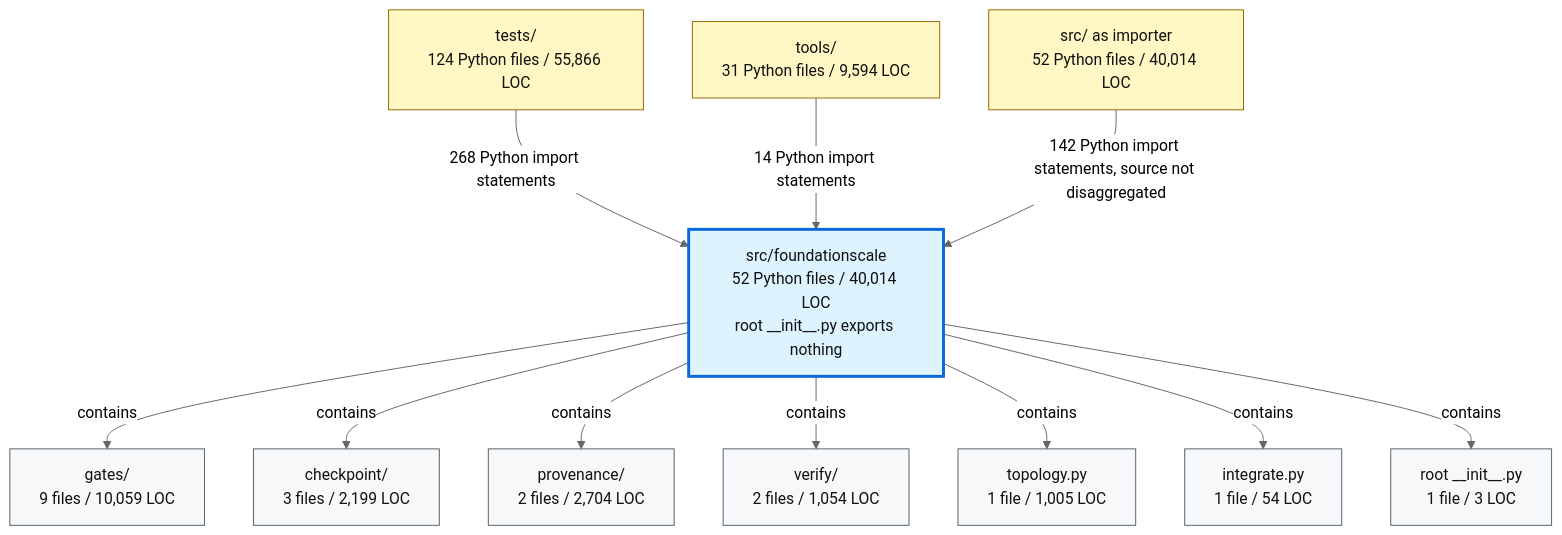
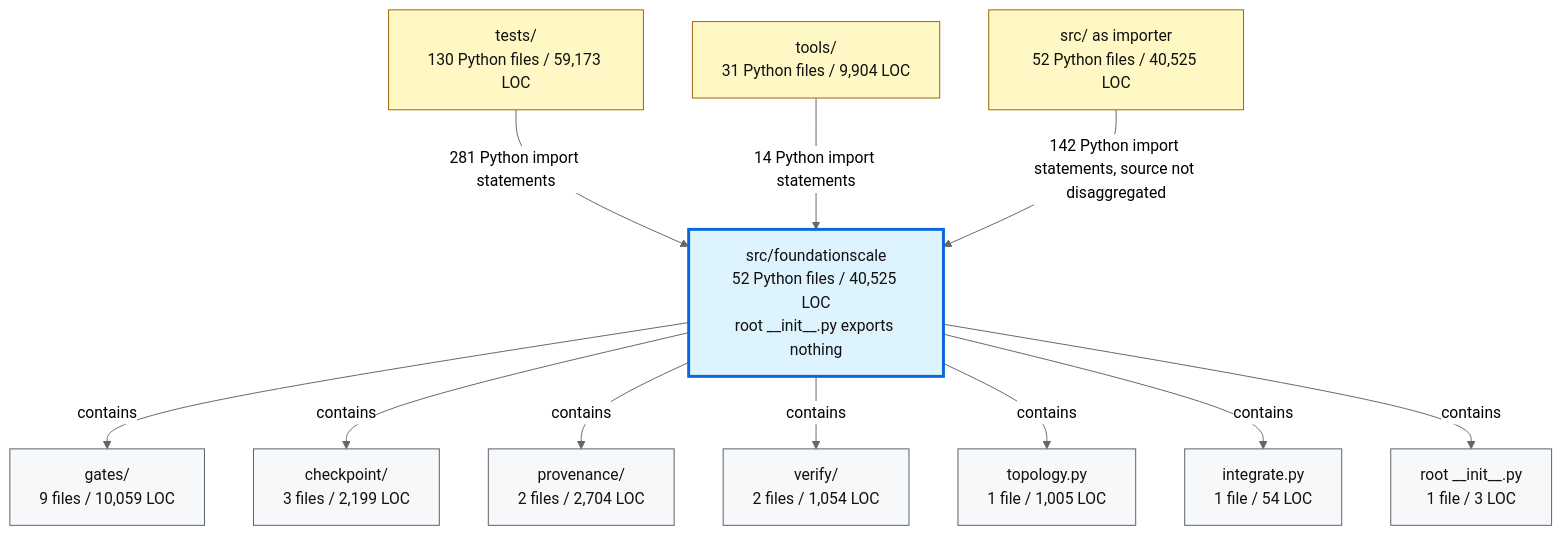
One commit to TranNhiem/FoundationScale changed the second of 2 diagrams in docs/review/D2_current_architecture.md. Above: the diagram before and after it, drawn with Mermaid (neutral theme). The commit also changed other lines of this file and 37 other files, not shown here.

````diff
--- a/docs/review/D2_current_architecture.md
+++ b/docs/review/D2_current_architecture.md
@@ -97,36 +97,36 @@
 ```mermaid
 flowchart TB
-  TESTS["tests/<br/>124 Python files / 55,866 LOC"]
-  TOOLS["tools/<br/>31 Python files / 9,594 LOC"]
-  SRC["src/ as importer<br/>52 Python files / 40,014 LOC"]
+  TESTS["tests/<br/>130 Python files / 59,173 LOC"]
+  TOOLS["tools/<br/>31 Python files / 9,904 LOC"]
+  SRC["src/ as importer<br/>52 Python files / 40,525 LOC"]
 
-  FS["src/foundationscale<br/>52 Python files / 40,014 LOC<br/>root __init__.py exports nothing"]
+  FS["src/foundationscale<br/>52 Python files / 40,525 LOC<br/>root __init__.py exports nothing"]
 
   GATES["gates/<br/>9 files / 10,059 LOC"]
   CKPT["checkpoint/<br/>3 files / 2,199 LOC"]
   PROV["provenance/<br/>2 files / 2,704 LOC"]
   VERIFY["verify/<br/>2 files / 1,054 LOC"]
   TOPO["topology.py<br/>1 file / 1,005 LOC"]
   INTEG["integrate.py<br/>1 file / 54 LOC"]
   ROOT["root __init__.py<br/>1 file / 3 LOC"]
 
-  TESTS -->|"268 Python import statements"| FS
+  TESTS -->|"281 Python import statements"| FS
   TOOLS -->|"14 Python import statements"| FS
   SRC -->|"142 Python import statements, source not disaggregated"| FS
 
   FS -->|"contains"| GATES
   FS -->|"contains"| CKPT
   FS -->|"contains"| PROV
   FS -->|"contains"| VERIFY
   FS -->|"contains"| TOPO
   FS -->|"contains"| INTEG
   FS -->|"contains"| ROOT
 
   classDef consumer fill:#fff8c5,stroke:#9a6700,color:#111;
   classDef package fill:#ddf4ff,stroke:#0969da,stroke-width:3px,color:#111;
   classDef module fill:#f6f8fa,stroke:#57606a,color:#111;
 
   class TESTS,TOOLS,SRC consumer;
   class FS package;
   class GATES,CKPT,PROV,VERIFY,TOPO,INTEG,ROOT module;
 ```
````
